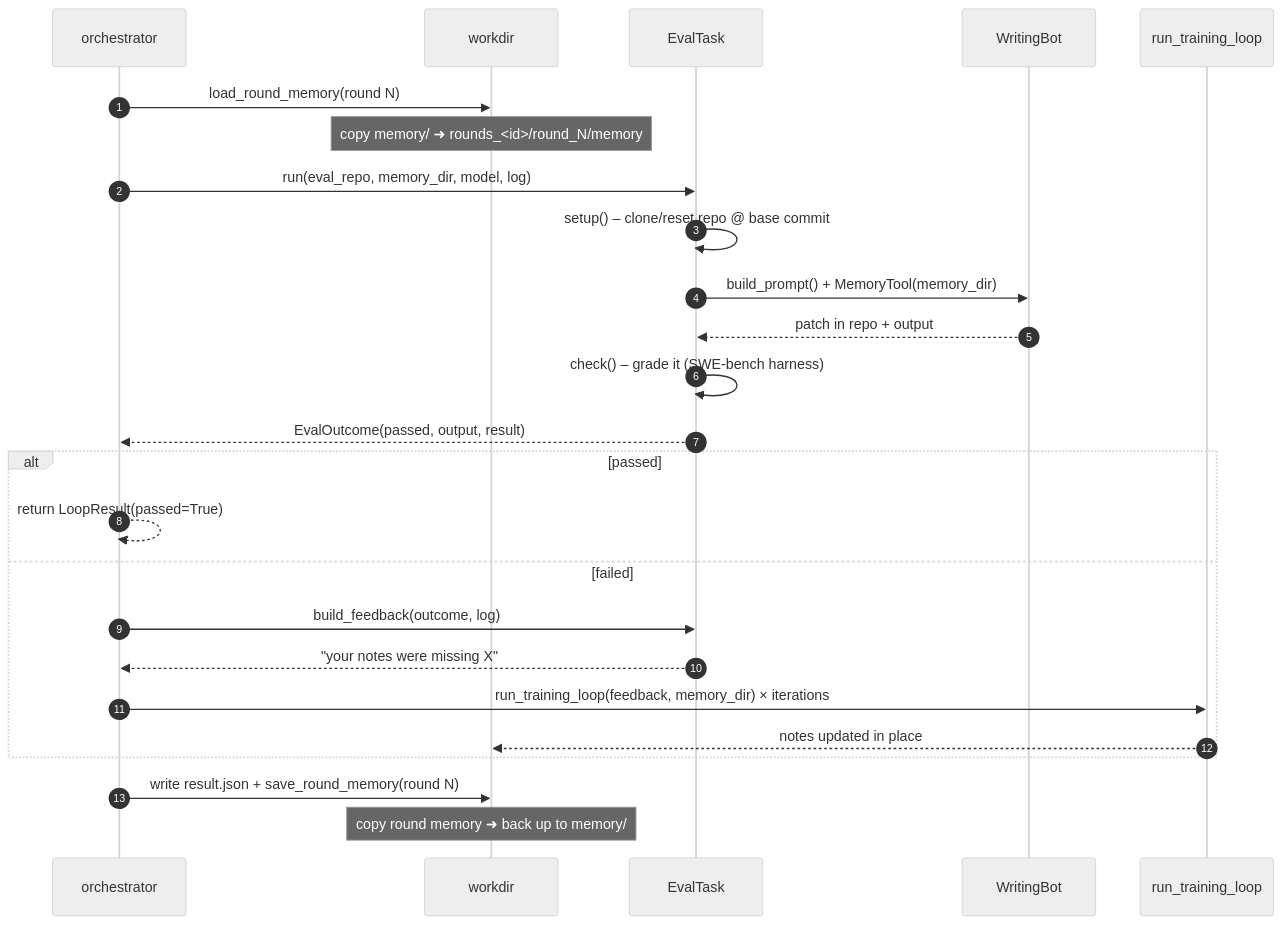
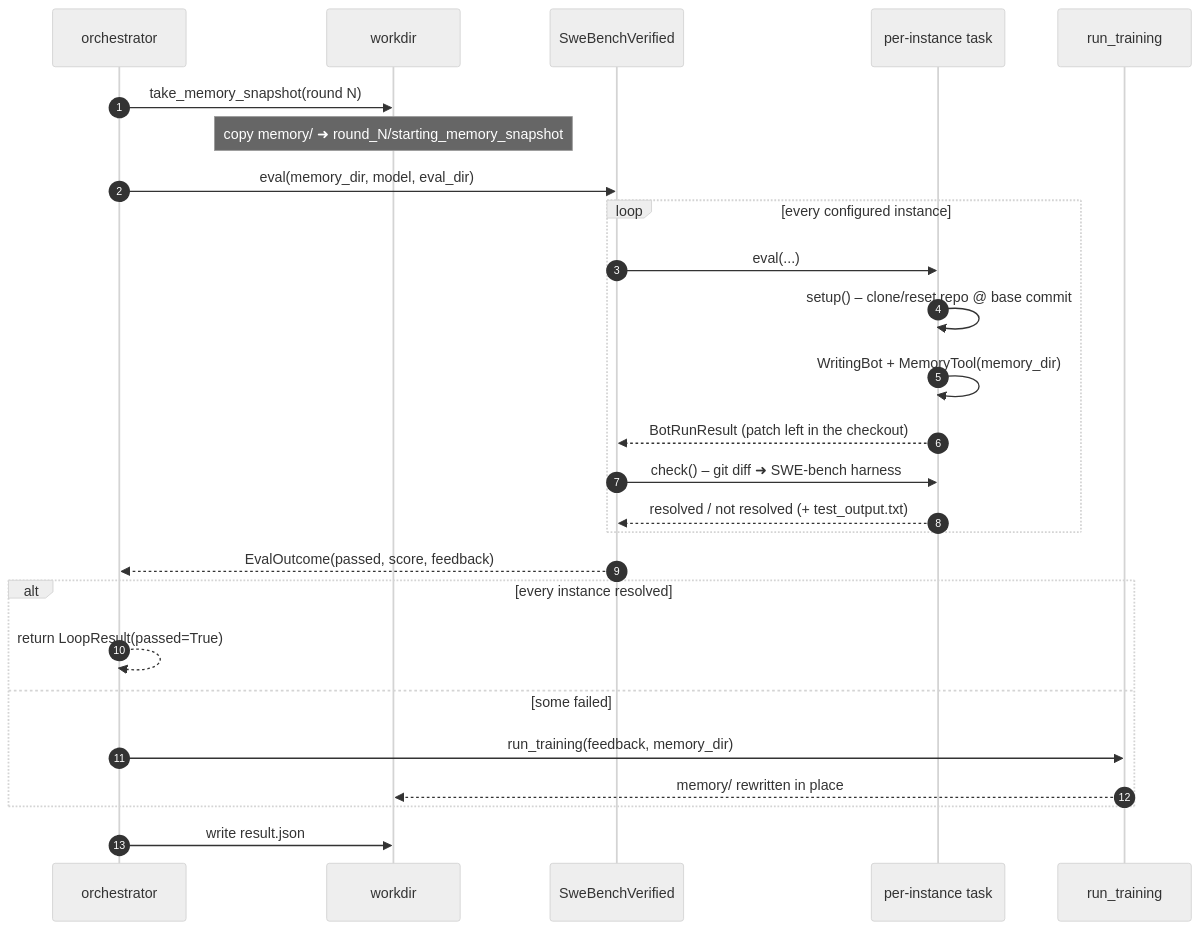
The second of 3 diagrams in src/microbots/auto_memory/architecture.md (0xba1a/minions), drawn with Mermaid (neutral theme) before and after one commit. The commit also changed other lines of this file and 14 other files, not shown here.

````diff
--- a/src/microbots/auto_memory/architecture.md
+++ b/src/microbots/auto_memory/architecture.md
@@ -51,30 +51,33 @@
 ```mermaid
 sequenceDiagram
     autonumber
     participant O as orchestrator
     participant W as workdir
-    participant Task as EvalTask
-    participant Bot as WritingBot
-    participant Train as run_training_loop
+    participant T as SweBenchVerified
+    participant One as per-instance task
+    participant Train as run_training
 
-    O->>W: load_round_memory(round N)
-    Note over W: copy memory/ ➜ rounds_<id>/round_N/memory
-    O->>Task: run(eval_repo, memory_dir, model, log)
-    Task->>Task: setup() – clone/reset repo @ base commit
-    Task->>Bot: build_prompt() + MemoryTool(memory_dir)
-    Bot-->>Task: patch in repo + output
-    Task->>Task: check() – grade it (SWE-bench harness)
-    Task-->>O: EvalOutcome(passed, output, result)
+    O->>W: take_memory_snapshot(round N)
+    Note over W: copy memory/ ➜ round_N/starting_memory_snapshot
+    O->>T: eval(memory_dir, model, eval_dir)
 
-    alt passed
-        O-->>O: return LoopResult(passed=True)
-    else failed
-        O->>Task: build_feedback(outcome, log)
-        Task-->>O: "your notes were missing X"
-        O->>Train: run_training_loop(feedback, memory_dir) × iterations
-        Train-->>W: notes updated in place
+    loop every configured instance
+        T->>One: eval(...)
+        One->>One: setup() – clone/reset repo @ base commit
+        One->>One: WritingBot + MemoryTool(memory_dir)
+        One-->>T: BotRunResult (patch left in the checkout)
+        T->>One: check() – git diff ➜ SWE-bench harness
+        One-->>T: resolved / not resolved (+ test_output.txt)
     end
 
-    O->>W: write result.json + save_round_memory(round N)
-    Note over W: copy round memory ➜ back up to memory/
+    T-->>O: EvalOutcome(passed, score, feedback)
+
+    alt every instance resolved
+        O-->>O: return LoopResult(passed=True)
+    else some failed
+        O->>Train: run_training(feedback, memory_dir)
+        Train-->>W: memory/ rewritten in place
+    end
+
+    O->>W: write result.json
 ```
````
